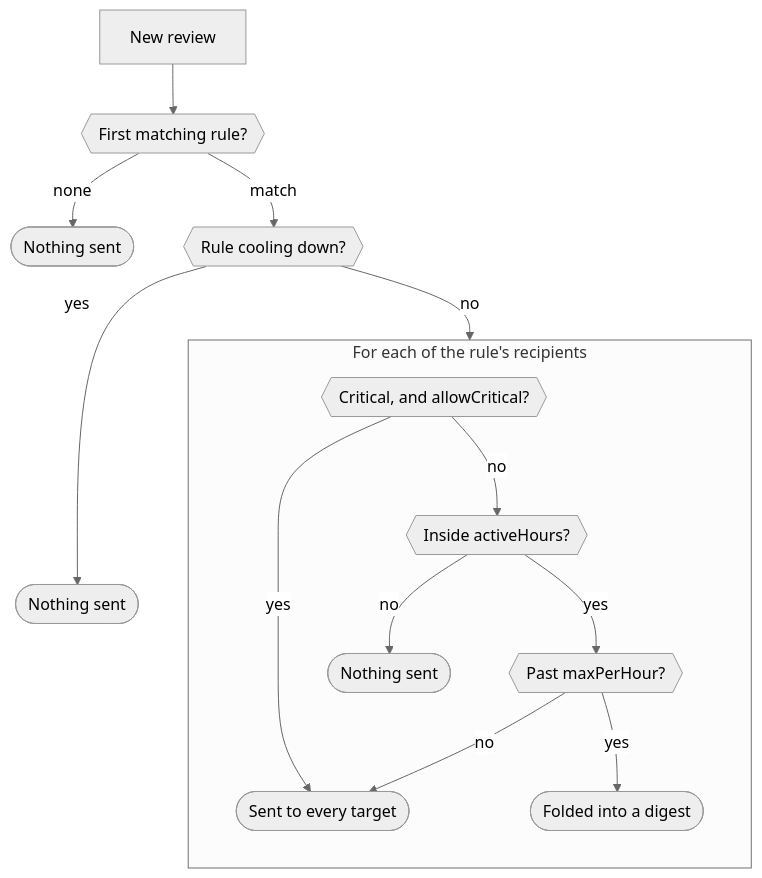
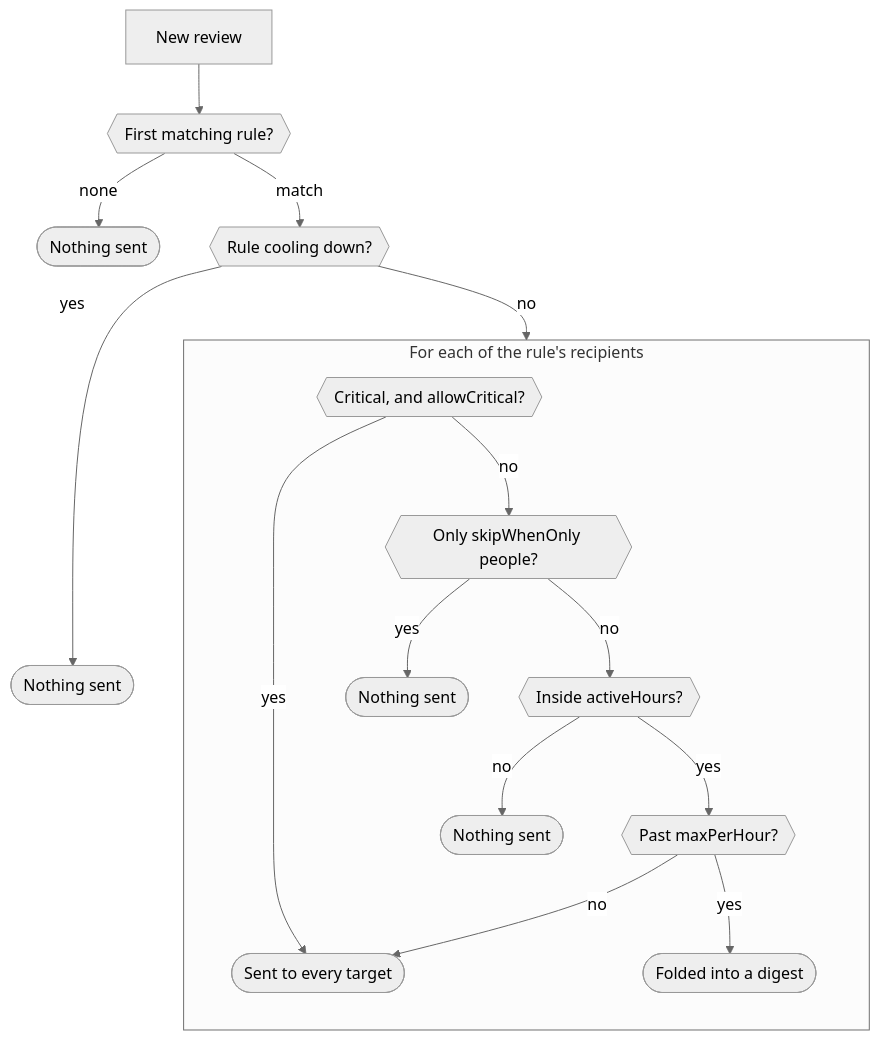
One commit to ConnorsApps/frigate-notifications changed the diagram in docs/configuration.md. Above: the diagram before and after it, drawn with Mermaid (neutral theme). The commit also changed other lines of this file and 22 other files, not shown here.

Commit message:
Add skipWhenOnly to skip notifying in some cases

````diff
--- a/docs/configuration.md
+++ b/docs/configuration.md
@@ -82,17 +93,19 @@
 ```mermaid
 flowchart TD
   review[New review] --> rule{{First matching rule?}}
   rule -->|none| drop1([Nothing sent])
   rule -->|match| cooldown{{Rule cooling down?}}
   cooldown -->|yes| drop2([Nothing sent])
   cooldown -->|no| each
   subgraph each [For each of the rule's recipients]
     direction TB
     critical{{Critical, and allowCritical?}} -->|yes| send([Sent to every target])
-    critical -->|no| awake{{Inside activeHours?}}
+    critical -->|no| only{{Only skipWhenOnly people?}}
+    only -->|yes| drop4([Nothing sent])
+    only -->|no| awake{{Inside activeHours?}}
     awake -->|no| drop3([Nothing sent])
     awake -->|yes| cap{{Past maxPerHour?}}
     cap -->|no| send
     cap -->|yes| digest([Folded into a digest])
   end
 ```
````
